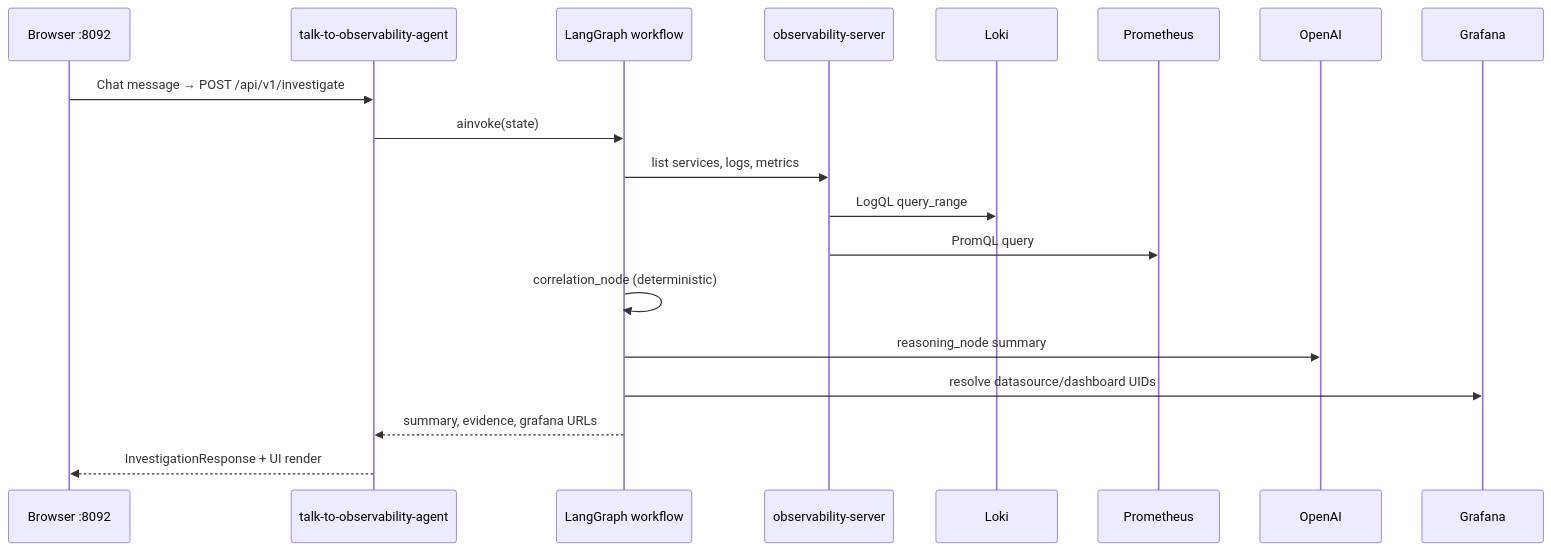
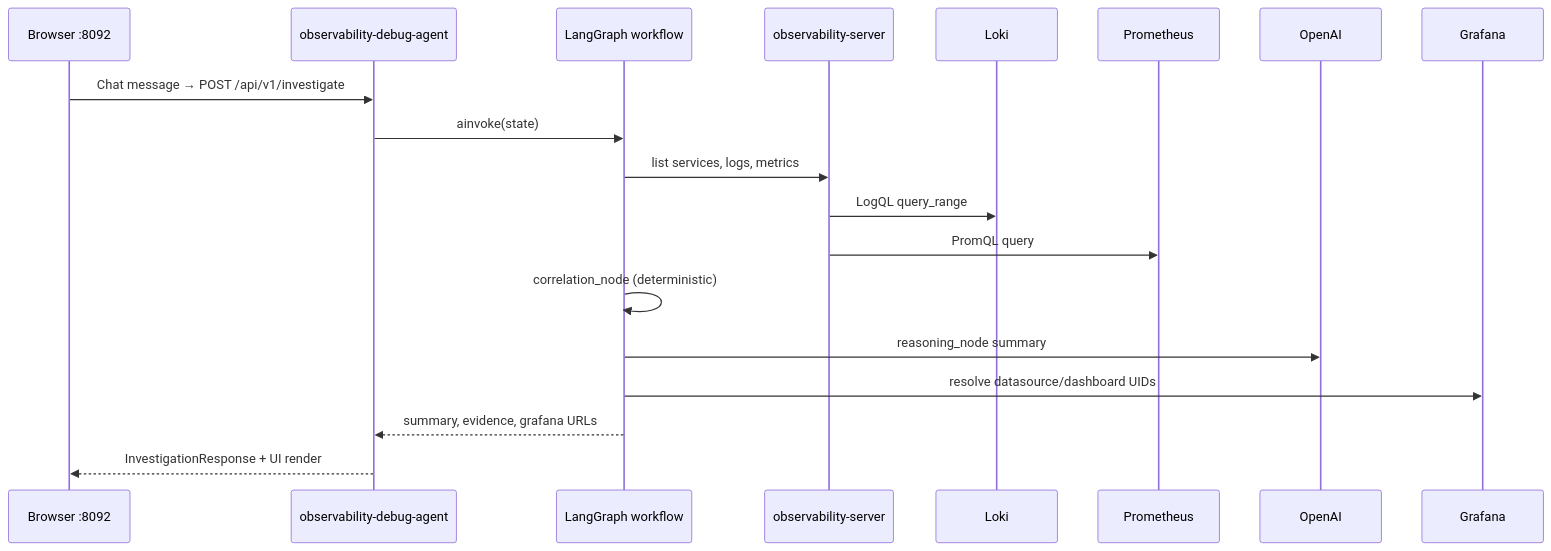
Before and after one commit to vuppalapatisn/agentic-microservices: the fifth of 5 diagrams in architecture-diagram.md, drawn with Mermaid. The commit also changed other lines of this file and 64 other files, not shown here.

````diff
--- a/architecture-diagram.md
+++ b/architecture-diagram.md
@@ -172,22 +172,22 @@
 ```mermaid
 sequenceDiagram
     participant U as Browser :8092
-    participant T as talk-to-observability-agent
+    participant ODA as observability-debug-agent
     participant LG as LangGraph workflow
     participant O as observability-server
     participant L as Loki
     participant P as Prometheus
     participant AI as OpenAI
     participant G as Grafana
 
-    U->>T: Chat message → POST /api/v1/investigate
-    T->>LG: ainvoke(state)
+    U->>ODA: Chat message → POST /api/v1/investigate
+    ODA->>LG: ainvoke(state)
     LG->>O: list services, logs, metrics
     O->>L: LogQL query_range
     O->>P: PromQL query
     LG->>LG: correlation_node (deterministic)
     LG->>AI: reasoning_node summary
     LG->>G: resolve datasource/dashboard UIDs
-    LG-->>T: summary, evidence, grafana URLs
-    T-->>U: InvestigationResponse + UI render
+    LG-->>ODA: summary, evidence, grafana URLs
+    ODA-->>U: InvestigationResponse + UI render
 ```
````
